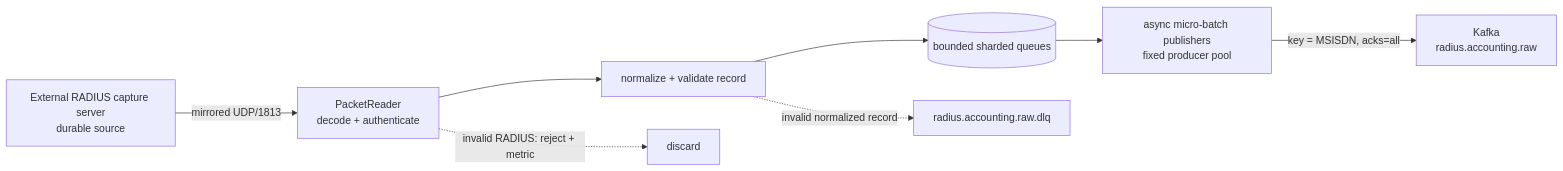
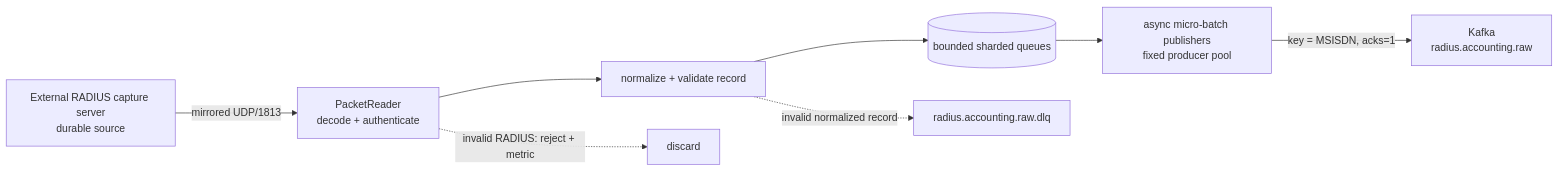
The diagram in pipeline/ingestion/README.md (chuyenvanhust/camara-pipeline), drawn with Mermaid before and after one commit. The commit also changed other lines of this file and 30 other files, not shown here.

````diff
--- a/pipeline/ingestion/README.md
+++ b/pipeline/ingestion/README.md
@@ -14,10 +15,10 @@
 ```mermaid
 flowchart LR
     CAPTURE["External RADIUS capture server<br/>durable source"] -->|"mirrored UDP/1813"| SOCKET["PacketReader<br/>decode + authenticate"]
     SOCKET --> NORMALIZE["normalize + validate record"]
     NORMALIZE --> QUEUE[("bounded sharded queues")]
     QUEUE --> BATCH["async micro-batch publishers<br/>fixed producer pool"]
-    BATCH -->|"key = MSISDN, acks=all"| RAW["Kafka<br/>radius.accounting.raw"]
+    BATCH -->|"key = MSISDN, acks=1"| RAW["Kafka<br/>radius.accounting.raw"]
     SOCKET -.->|"invalid RADIUS: reject + metric"| REJECT["discard"]
     NORMALIZE -.->|"invalid normalized record"| DLQ["radius.accounting.raw.dlq"]
 ```
````
